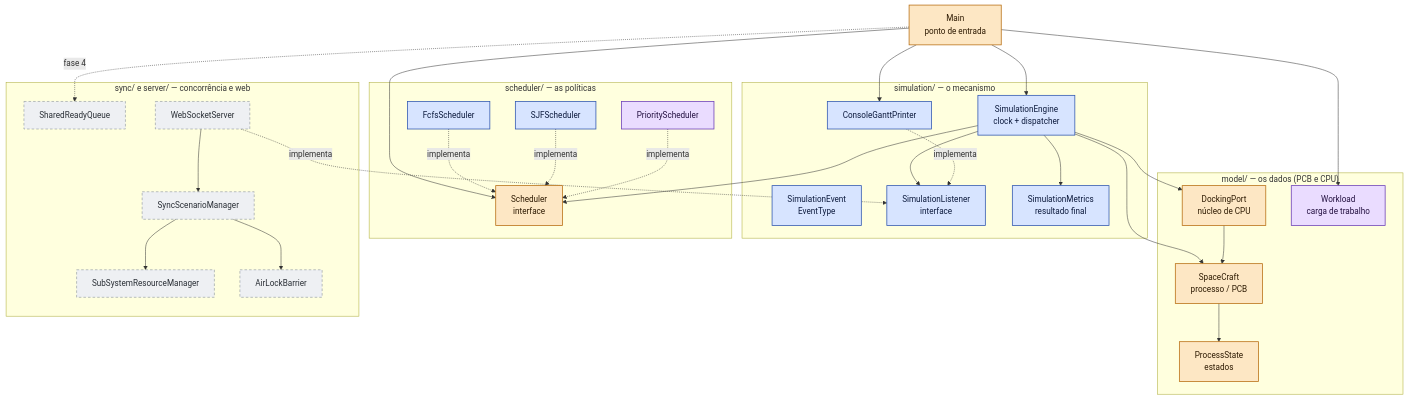
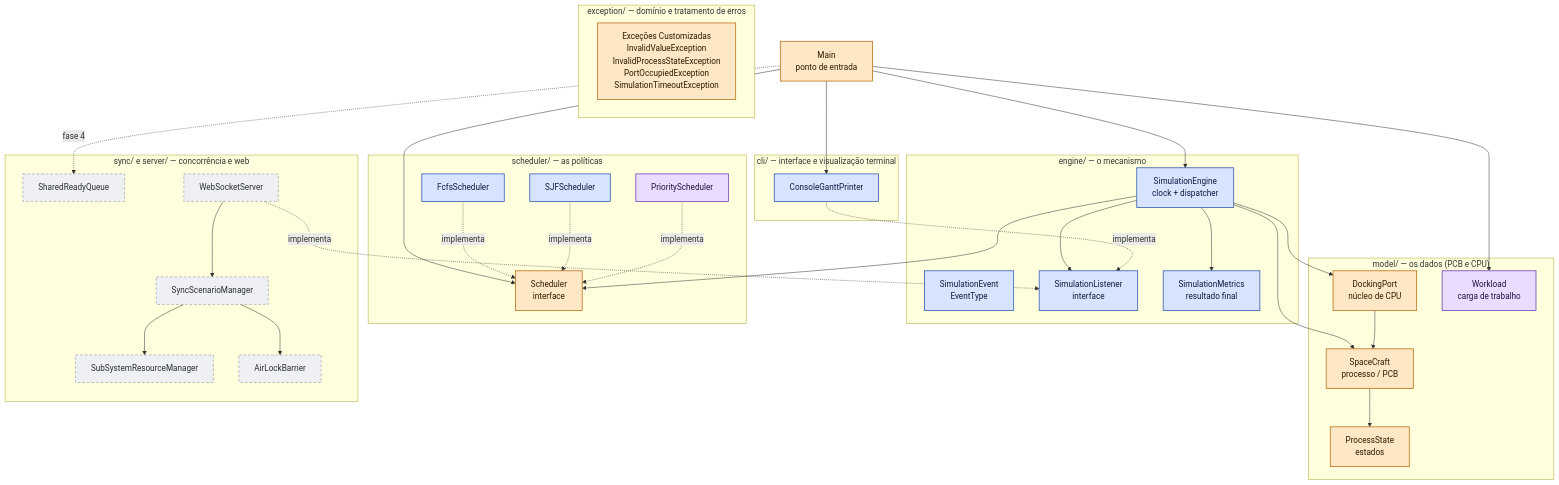
The first of 6 diagrams in docs/uml/README.md (Felipe-Tagawa/Promethean), drawn with Mermaid before and after one commit. The commit also changed other lines of this file and 1 other file, not shown here.

Commit message:
docs: mudança na documentação em relação à refatoração

````diff
--- a/docs/uml/README.md
+++ b/docs/uml/README.md
@@ -32,60 +32,67 @@
 ```mermaid
 flowchart TB
     Main["Main<br/>ponto de entrada"]:::existe
 
     subgraph MODEL["model/ — os dados (PCB e CPU)"]
         SC["SpaceCraft<br/>processo / PCB"]:::existe
         PS["ProcessState<br/>estados"]:::existe
         DP["DockingPort<br/>núcleo de CPU"]:::existe
         WL["Workload<br/>carga de trabalho"]:::fase3
     end
 
     subgraph SCHED["scheduler/ — as políticas"]
         SI["Scheduler<br/>interface"]:::existe
         FC["FcfsScheduler"]:::fase2
         SJF["SJFScheduler"]:::fase2
         PA["PriorityScheduler"]:::fase3
     end
 
-    subgraph ENGINE["simulation/ — o mecanismo"]
+    subgraph ENGINE["engine/ — o mecanismo"]
         EN["SimulationEngine<br/>clock + dispatcher"]:::fase2
         EV["SimulationEvent<br/>EventType"]:::fase2
         LI["SimulationListener<br/>interface"]:::fase2
+        SM["SimulationMetrics<br/>resultado final"]:::fase2
+    end
+
+    subgraph CLI["cli/ — interface e visualização terminal"]
         CG["ConsoleGanttPrinter"]:::fase2
-        SM["SimulationMetrics<br/>resultado final"]:::fase2
     end
 
     subgraph FUT["sync/ e server/ — concorrência e web"]
         SQ["SharedReadyQueue"]:::fase4
         SR["SubSystemResourceManager"]:::fase4
         AB["AirLockBarrier"]:::fase4
         SS["SyncScenarioManager"]:::fase4
         WS["WebSocketServer"]:::fase4
+    end
+
+    subgraph EXCEPTION["exception/ — domínio e tratamento de erros"]
+        EX["Exceções Customizadas<br/>InvalidValueException<br/>InvalidProcessStateException<br/>PortOccupiedException<br/>SimulationTimeoutException"]:::existe
     end
 
     Main --> EN
     Main --> WL
     Main --> SI
     Main --> CG
     Main -.fase 4.-> SQ
     FC -.implementa.-> SI
     SJF -.implementa.-> SI
     PA -.implementa.-> SI
     EN --> SI
     EN --> DP
     EN --> SC
     EN --> LI
     EN --> SM
     DP --> SC
     SC --> PS
     CG -.implementa.-> LI
     WS -.implementa.-> LI
     WS --> SS
     SS --> SR
     SS --> AB
 
     classDef existe fill:#fde7c4,stroke:#b86e12,color:#2d1a02,stroke-width:1.5px
     classDef fase2 fill:#d7e4ff,stroke:#2f56b0,color:#0c1a3d,stroke-width:1.5px
     classDef fase3 fill:#eadcff,stroke:#6b3fb8,color:#231040,stroke-width:1.5px
     classDef fase4 fill:#eef0f3,stroke:#7a828e,color:#2a2f36,stroke-dasharray:5 4
 ```
````
